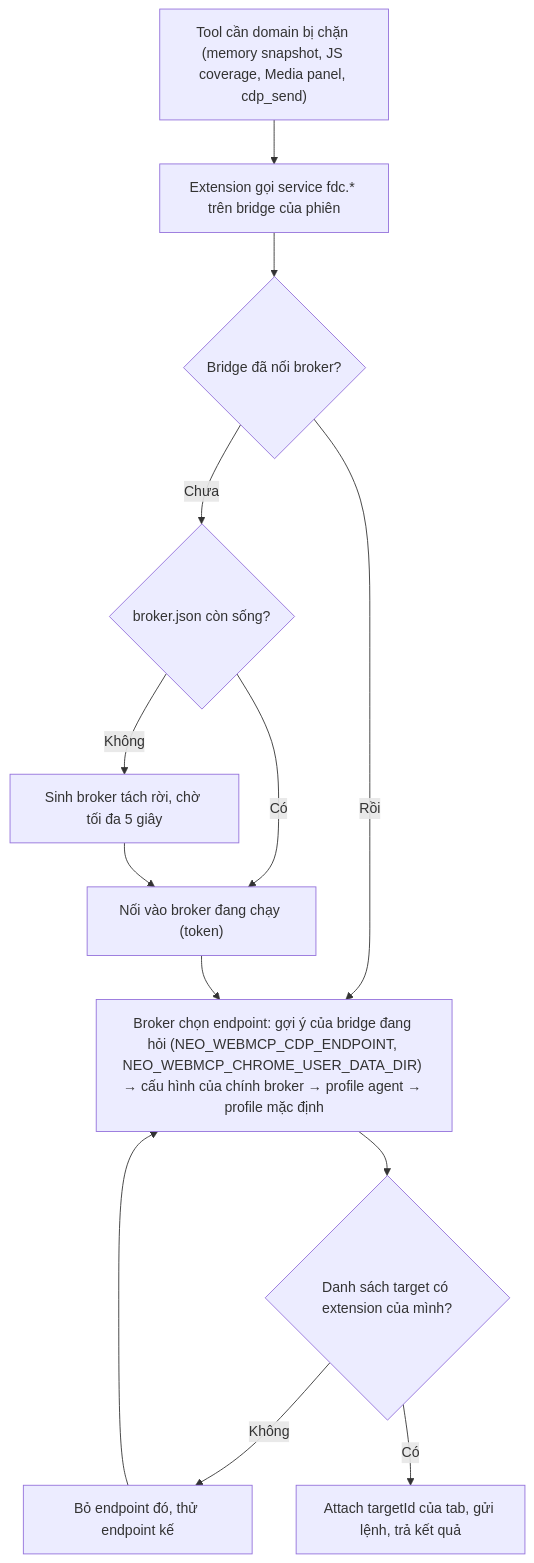
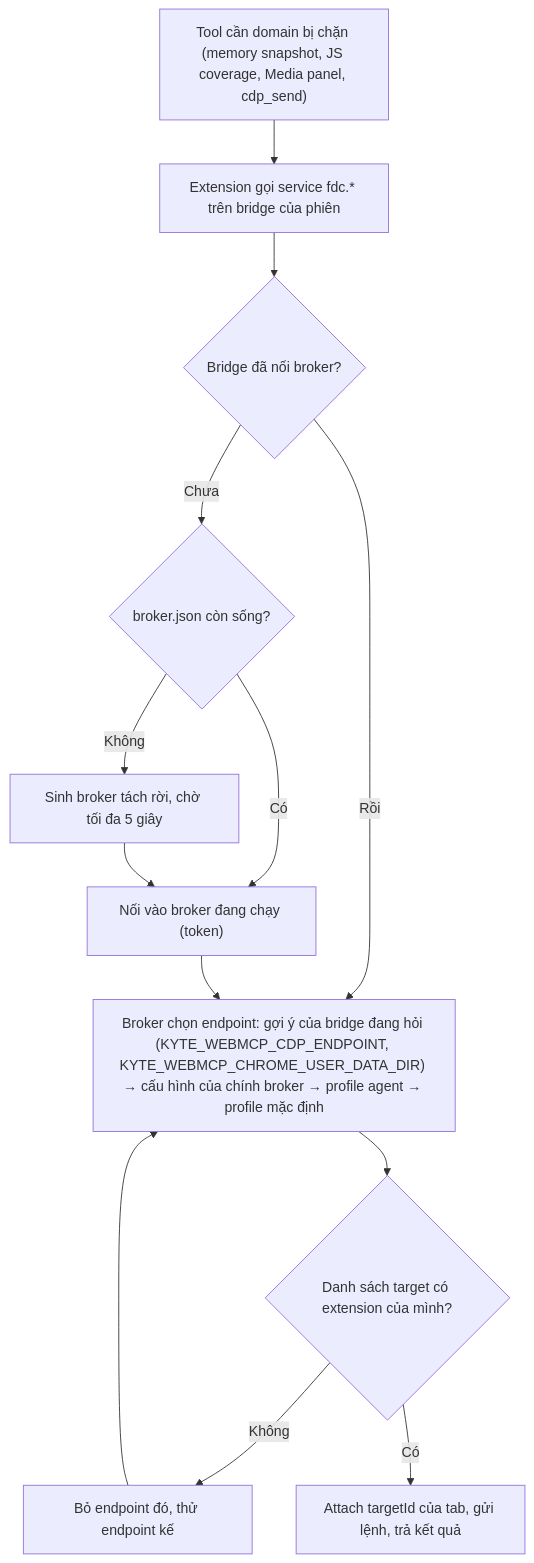
One commit to shibeedev/kyte-webmcp changed the third of 3 diagrams in architecture.md. Above: the diagram before and after it, drawn with Mermaid. The commit also changed other lines of this file and 61 other files, not shown here.

````diff
--- a/architecture.md
+++ b/architecture.md
@@ -183,15 +183,15 @@
 ```mermaid
 flowchart TD
     T["Tool cần domain bị chặn (memory snapshot, JS coverage, Media panel, cdp_send)"] --> S["Extension gọi service fdc.* trên bridge của phiên"]
     S --> C{"Bridge đã nối broker?"}
     C -->|Chưa| D{"broker.json còn sống?"}
     D -->|Có| J["Nối vào broker đang chạy (token)"]
     D -->|Không| SP["Sinh broker tách rời, chờ tối đa 5 giây"]
     SP --> J
     C -->|Rồi| Q
-    J --> Q["Broker chọn endpoint: gợi ý của bridge đang hỏi (NEO_WEBMCP_CDP_ENDPOINT, NEO_WEBMCP_CHROME_USER_DATA_DIR) → cấu hình của chính broker → profile agent → profile mặc định"]
+    J --> Q["Broker chọn endpoint: gợi ý của bridge đang hỏi (KYTE_WEBMCP_CDP_ENDPOINT, KYTE_WEBMCP_CHROME_USER_DATA_DIR) → cấu hình của chính broker → profile agent → profile mặc định"]
     Q --> V{"Danh sách target có extension của mình?"}
     V -->|Không| X["Bỏ endpoint đó, thử endpoint kế"]
     V -->|Có| G["Attach targetId của tab, gửi lệnh, trả kết quả"]
     X --> Q
 ```
````
